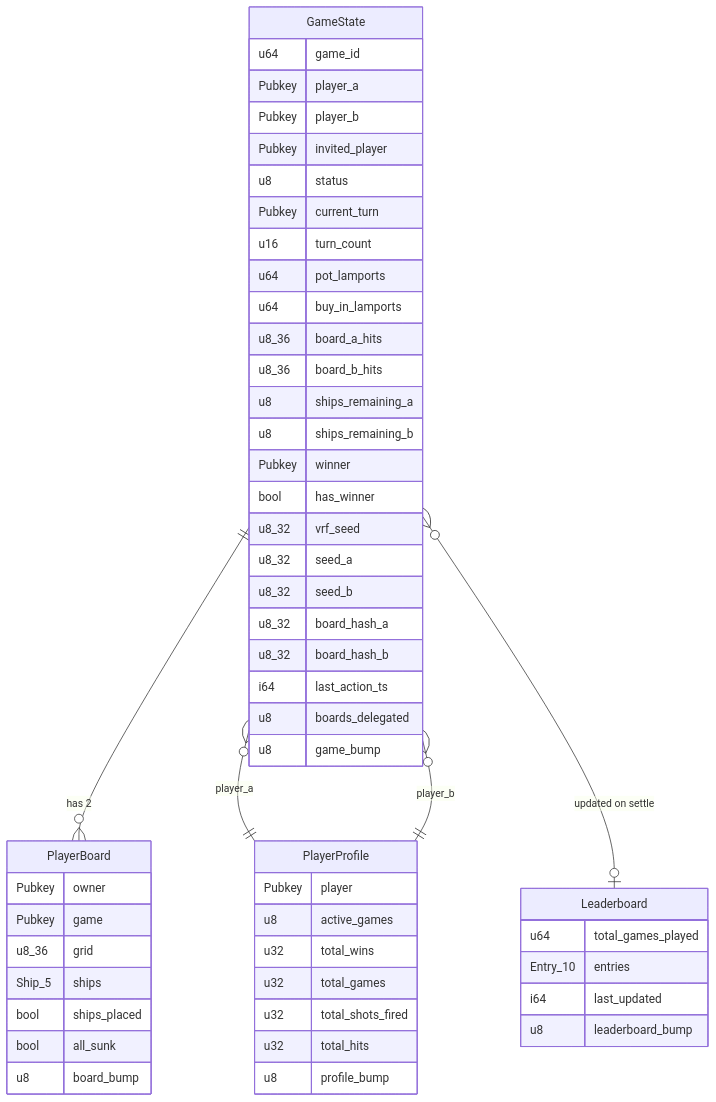
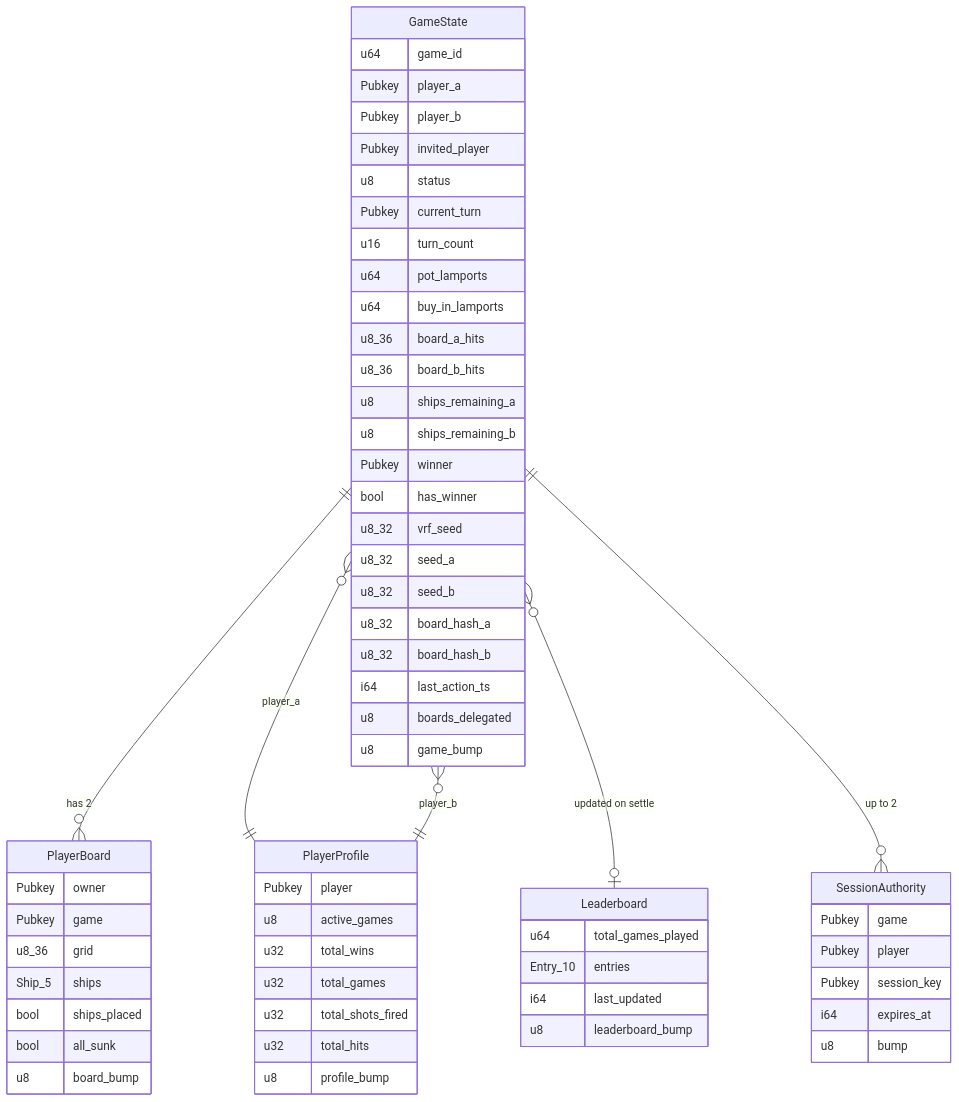
The third of 11 diagrams in ARCHITECTURE.md (Andy00L/private-battleship), drawn with Mermaid before and after one commit. The commit also changed other lines of this file and 21 other files, not shown here.

````diff
--- a/ARCHITECTURE.md
+++ b/ARCHITECTURE.md
@@ -136,60 +144,69 @@
 ```mermaid
 erDiagram
     GameState ||--o{ PlayerBoard : "has 2"
     GameState }o--|| PlayerProfile : "player_a"
     GameState }o--|| PlayerProfile : "player_b"
     GameState }o--o| Leaderboard : "updated on settle"
+    GameState ||--o{ SessionAuthority : "up to 2"
 
     GameState {
         u64 game_id
         Pubkey player_a
         Pubkey player_b
         Pubkey invited_player
         u8 status
         Pubkey current_turn
         u16 turn_count
         u64 pot_lamports
         u64 buy_in_lamports
         u8_36 board_a_hits
         u8_36 board_b_hits
         u8 ships_remaining_a
         u8 ships_remaining_b
         Pubkey winner
         bool has_winner
         u8_32 vrf_seed
         u8_32 seed_a
         u8_32 seed_b
         u8_32 board_hash_a
         u8_32 board_hash_b
         i64 last_action_ts
         u8 boards_delegated
         u8 game_bump
     }
 
     PlayerBoard {
         Pubkey owner
         Pubkey game
         u8_36 grid
         Ship_5 ships
         bool ships_placed
         bool all_sunk
         u8 board_bump
     }
 
     PlayerProfile {
         Pubkey player
         u8 active_games
         u32 total_wins
         u32 total_games
         u32 total_shots_fired
         u32 total_hits
         u8 profile_bump
     }
 
     Leaderboard {
         u64 total_games_played
         Entry_10 entries
         i64 last_updated
         u8 leaderboard_bump
     }
+
+    SessionAuthority {
+        Pubkey game
+        Pubkey player
+        Pubkey session_key
+        i64 expires_at
+        u8 bump
+    }
 ```
````
